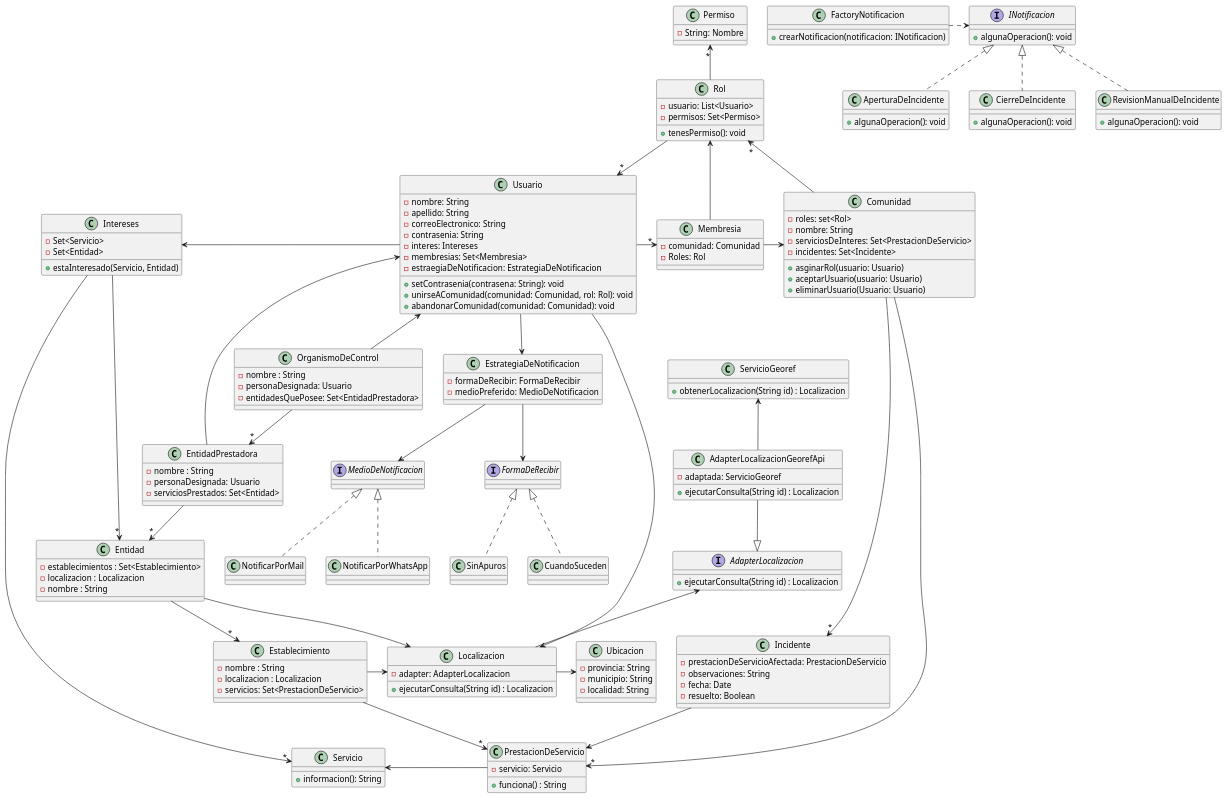
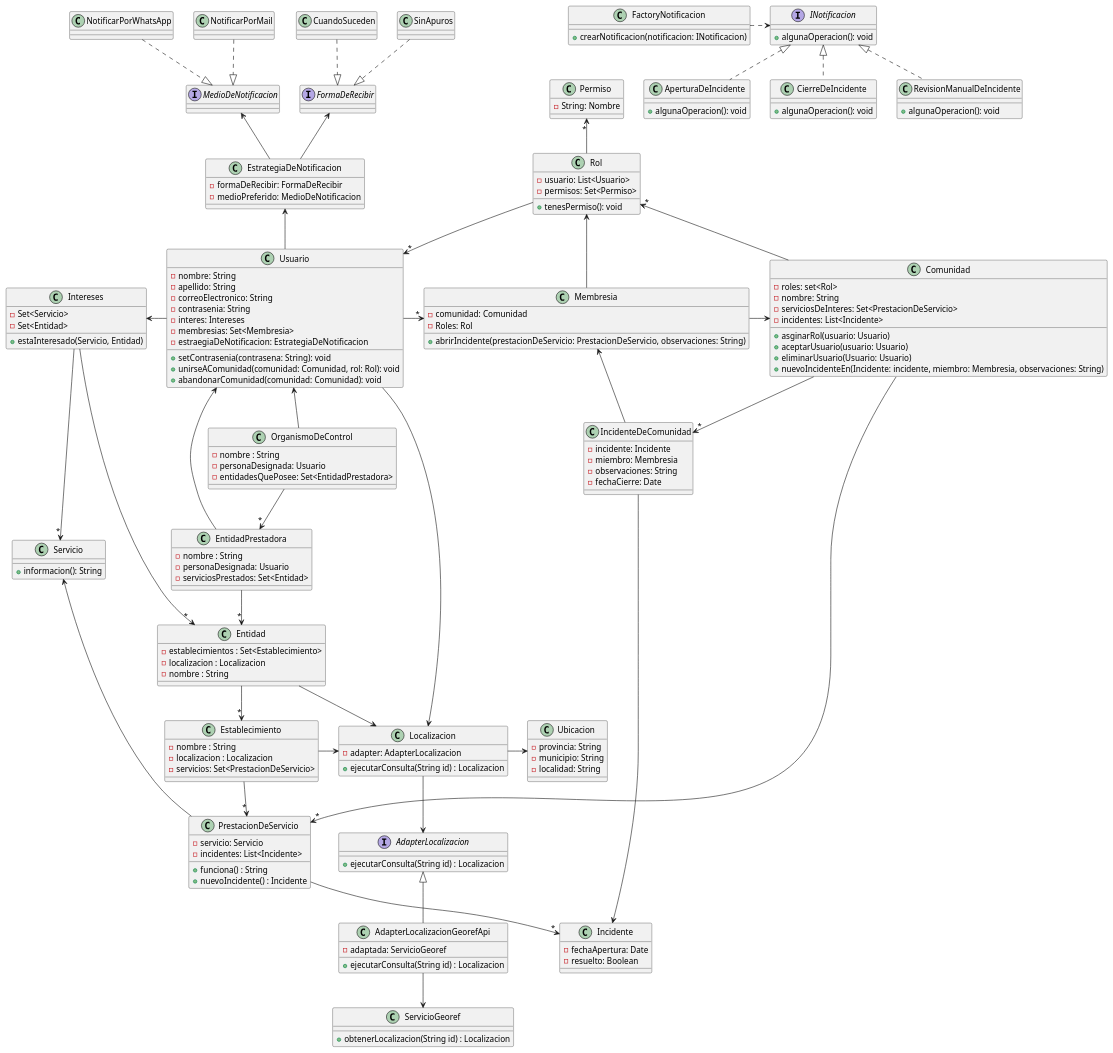
Before and after one commit to AndyTrias/comunidades-apoyo-movilidad-reducida-: the diagram in Entregables/DiagramaDeClases.wsd, drawn with PlantUML. The commit also changed 7 other files, not shown here.

Commit message:
agrego lo q hice, hice lo q hice en el diagrama en codigo para ver si era viable

```diff
--- a/Entregables/DiagramaDeClases.wsd
+++ b/Entregables/DiagramaDeClases.wsd
@@ -3,7 +3,10 @@
 
 Class PrestacionDeServicio {    
     - servicio: Servicio
+    - incidentes: List<Incidente>
+
     + funciona() : String
+    + nuevoIncidente() : Incidente
 }
 
 
@@ -32,12 +35,13 @@
     -roles: set<Rol>
     -nombre: String
     -serviciosDeInteres: Set<PrestacionDeServicio>
-    - incidentes: Set<Incidente>
+    - incidentes: List<Incidente>
 
 
-    +asginarRol(usuario: Usuario)
-    +aceptarUsuario(usuario: Usuario)
-    +eliminarUsuario(Usuario: Usuario)
+    + asginarRol(usuario: Usuario)
+    + aceptarUsuario(usuario: Usuario)
+    + eliminarUsuario(Usuario: Usuario)
+    + nuevoIncidenteEn(Incidente: incidente, miembro: Membresia, observaciones: String)
 }
 
 
@@ -83,6 +87,8 @@
 Class Membresia {
     - comunidad: Comunidad
     - Roles: Rol
+
+    + abrirIncidente(prestacionDeServicio: PrestacionDeServicio, observaciones: String)
 }
 
 
@@ -184,20 +190,30 @@
 
 
 
-AdapterLocalizacion <-- Localizacion
-AdapterLocalizacionGeorefApi --|> AdapterLocalizacion
-ServicioGeoref <-- AdapterLocalizacionGeorefApi
+Localizacion --> AdapterLocalizacion
+AdapterLocalizacion <|-- AdapterLocalizacionGeorefApi
+AdapterLocalizacionGeorefApi --> ServicioGeoref
 
 
 /' Entrega 3 '/
 
 /' INCIDENTES '/
 Class Incidente {
-    - prestacionDeServicioAfectada: PrestacionDeServicio
-    - observaciones: String
-    - fecha: Date
+    - fechaApertura: Date
     - resuelto: Boolean 
 }
+
+Class IncidenteDeComunidad {
+    - incidente: Incidente
+    - miembro: Membresia
+    - observaciones: String
+    - fechaCierre: Date
+}
+
+PrestacionDeServicio --> "*" Incidente
+Comunidad --> "*" IncidenteDeComunidad
+IncidenteDeComunidad --> Incidente
+IncidenteDeComunidad --> Membresia
 
 /' CONFIGURACION DE NOTIFICACIONES '/
 Class EstrategiaDeNotificacion {
@@ -251,19 +267,16 @@
     + algunaOperacion(): void
 }
 
-Comunidad --> "*" Incidente
-Incidente --> PrestacionDeServicio
+EstrategiaDeNotificacion <-- Usuario
 
-Usuario --> EstrategiaDeNotificacion
+FormaDeRecibir <-- EstrategiaDeNotificacion
+MedioDeNotificacion <-- EstrategiaDeNotificacion
 
-EstrategiaDeNotificacion --> FormaDeRecibir
-EstrategiaDeNotificacion --> MedioDeNotificacion
+CuandoSuceden ..|> FormaDeRecibir
+SinApuros ..|> FormaDeRecibir
 
-FormaDeRecibir <|.. CuandoSuceden
-FormaDeRecibir <|.. SinApuros
-
-MedioDeNotificacion <|.. NotificarPorWhatsApp
-MedioDeNotificacion <|.. NotificarPorMail
+NotificarPorWhatsApp ..|> MedioDeNotificacion
+NotificarPorMail ..|> MedioDeNotificacion
 
 FactoryNotificacion .> INotificacion
 INotificacion <|.. AperturaDeIncidente
```
